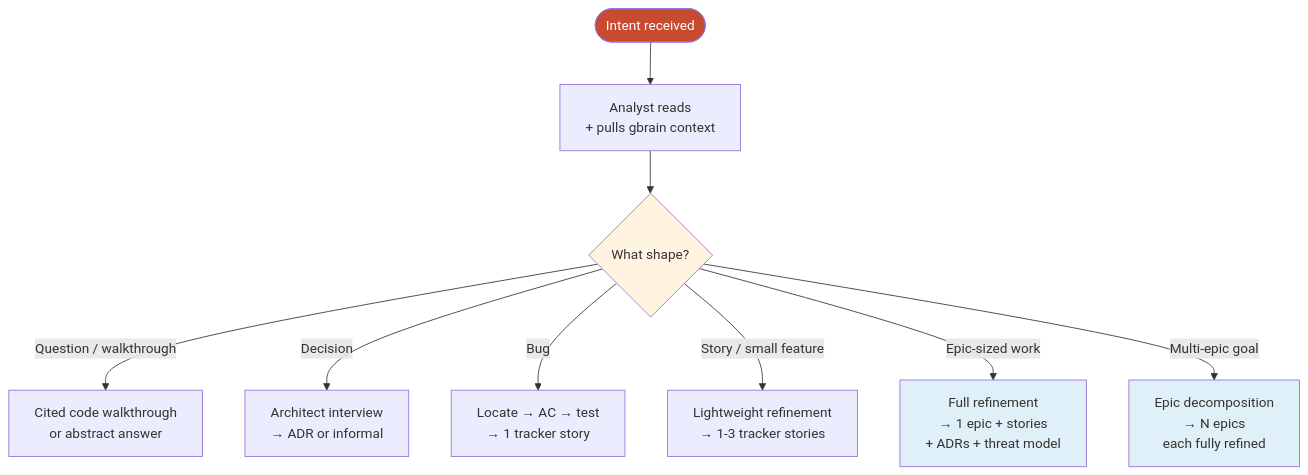
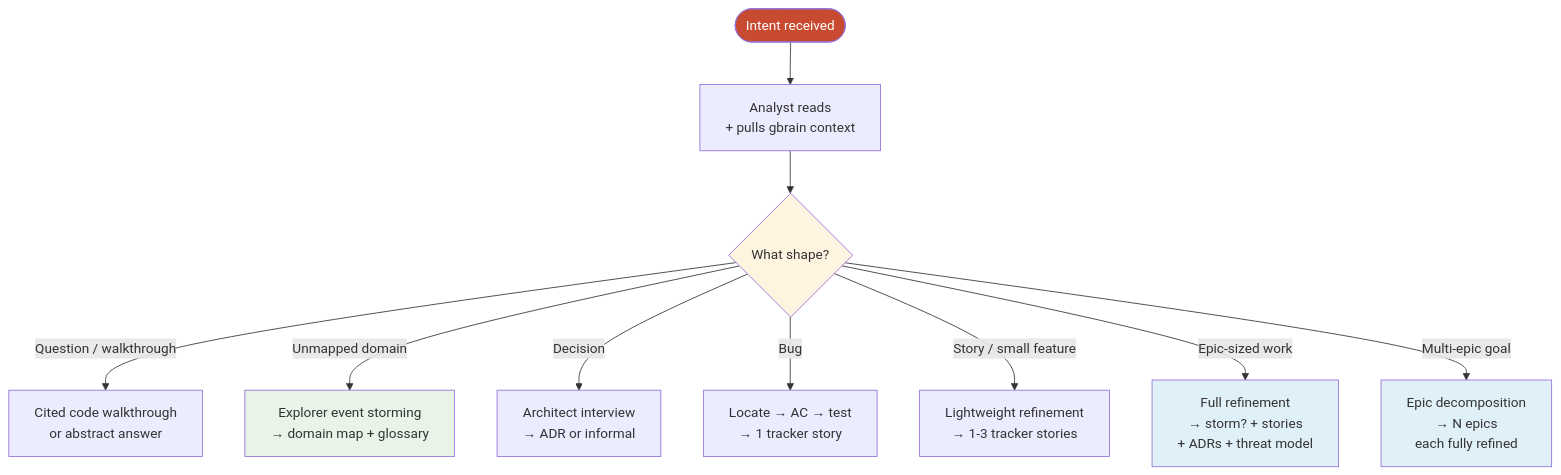
Before and after one commit to nlawstudio/ai-refinement-method: the second of 4 diagrams in TUTORIAL.md, drawn with Mermaid. The commit also changed other lines of this file and 28 other files, not shown here.

````diff
--- a/TUTORIAL.md
+++ b/TUTORIAL.md
@@ -334,17 +340,19 @@
 ```mermaid
 flowchart TD
     Intent([Intent received]) --> Read[Analyst reads<br/>+ pulls gbrain context]
     Read --> Shape{What shape?}
 
     Shape -->|Question / walkthrough| QA[Cited code walkthrough<br/>or abstract answer]
+    Shape -->|Unmapped domain| STORM[Explorer event storming<br/>→ domain map + glossary]
     Shape -->|Decision| DEC[Architect interview<br/>→ ADR or informal]
     Shape -->|Bug| BUG[Locate → AC → test<br/>→ 1 tracker story]
-    Shape -->|Story / small feature| STORY[Lightweight refinement<br/>→ 1-3 tracker stories]
-    Shape -->|Epic-sized work| EPIC[Full refinement<br/>→ 1 epic + stories<br/>+ ADRs + threat model]
+    Shape -->|Story / small feature| STORY2[Lightweight refinement<br/>→ 1-3 tracker stories]
+    Shape -->|Epic-sized work| EPIC[Full refinement<br/>→ storm? + stories<br/>+ ADRs + threat model]
     Shape -->|Multi-epic goal| MULTI[Epic decomposition<br/>→ N epics<br/>each fully refined]
 
     style Intent fill:#C84B31,color:#fff
     style Shape fill:#fff4e0
+    style STORM fill:#e8f4e8
     style EPIC fill:#e0f0f8
     style MULTI fill:#e0f0f8
 ```
````
